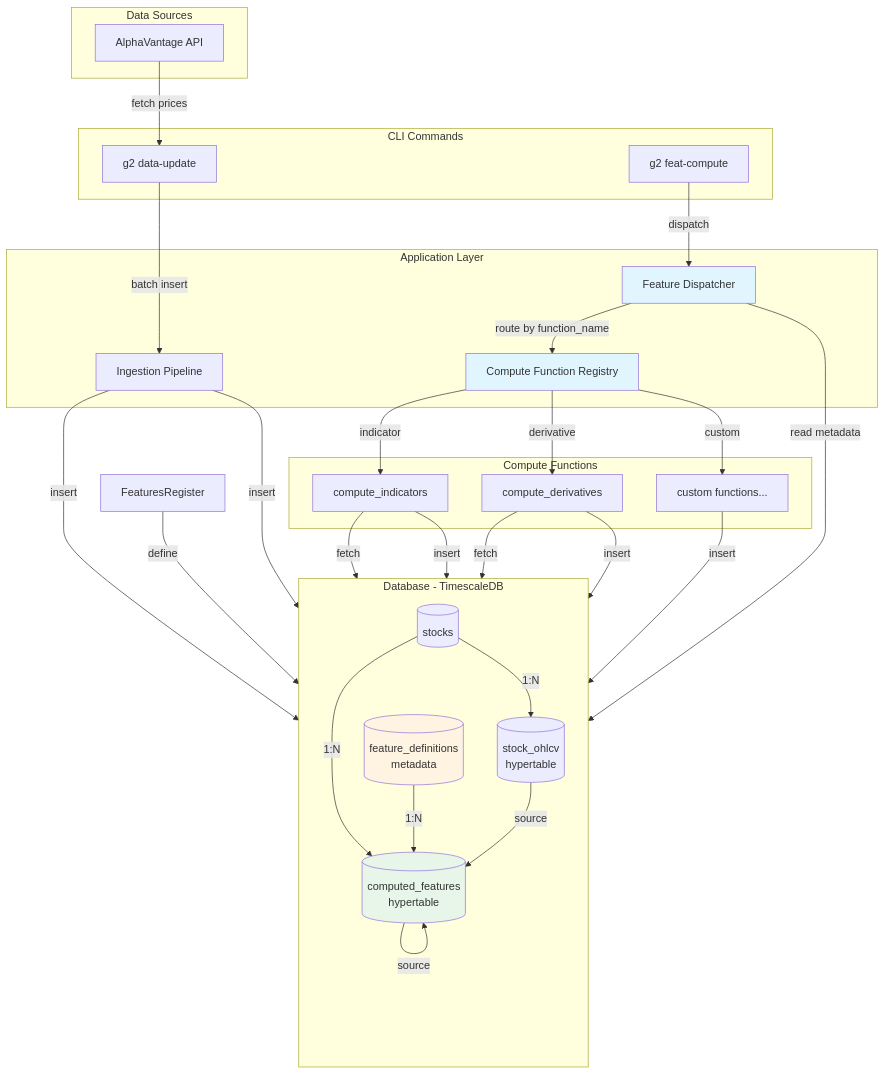
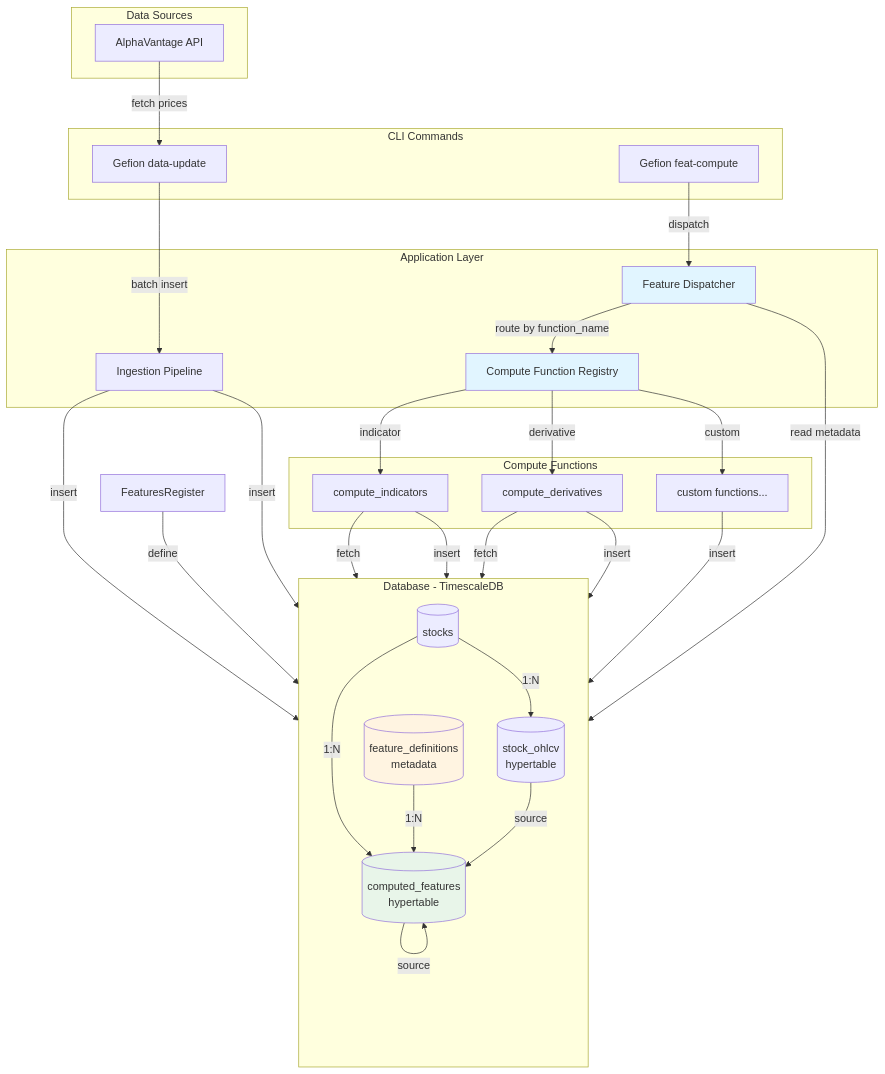
One commit to simonibsen/gefion changed the diagram in README.md. Above: the diagram before and after it, drawn with Mermaid. The commit also changed other lines of this file and 39 other files, not shown here.

````diff
--- a/README.md
+++ b/README.md
@@ -474,66 +474,66 @@
 ```mermaid
 graph TB
     subgraph "Data Sources"
         AV[AlphaVantage API]
     end
 
     subgraph "CLI Commands"
-        DataUpdate[g2 data-update]
-        FeaturesCompute[g2 feat-compute]
+        DataUpdate[Gefion data-update]
+        FeaturesCompute[Gefion feat-compute]
     end
 
     subgraph "Application Layer"
         Ingestion[Ingestion Pipeline]
         Dispatcher[Feature Dispatcher]
         Registry[Compute Function Registry]
     end
 
     subgraph "Compute Functions"
         IndicatorFn[compute_indicators]
         DerivativeFn[compute_derivatives]
         CustomFn[custom functions...]
     end
 
     subgraph "Database - TimescaleDB"
         direction TB
         Stocks[(stocks)]
         Prices[(stock_ohlcv<br/>hypertable)]
         FeatureDefs[(feature_definitions<br/>metadata)]
         ComputedFeatures[(computed_features<br/>hypertable)]
 
         Stocks -->|1:N| Prices
         Stocks -->|1:N| ComputedFeatures
         FeatureDefs -->|1:N| ComputedFeatures
         Prices -->|source| ComputedFeatures
         ComputedFeatures -->|source| ComputedFeatures
     end
 
     %% Data ingestion flow
     AV -->|fetch prices| DataUpdate
     DataUpdate -->|batch insert| Ingestion
     Ingestion -->|insert| Stocks
     Ingestion -->|insert| Prices
 
     %% Feature registration flow
     FeaturesRegister -->|define| FeatureDefs
 
     %% Feature computation flow
     FeaturesCompute -->|dispatch| Dispatcher
     Dispatcher -->|read metadata| FeatureDefs
     Dispatcher -->|route by function_name| Registry
     Registry -->|indicator| IndicatorFn
     Registry -->|derivative| DerivativeFn
     Registry -->|custom| CustomFn
 
     IndicatorFn -->|fetch| Prices
     DerivativeFn -->|fetch| ComputedFeatures
 
     IndicatorFn -->|insert| ComputedFeatures
     DerivativeFn -->|insert| ComputedFeatures
     CustomFn -->|insert| ComputedFeatures
 
     style Dispatcher fill:#e1f5ff
     style Registry fill:#e1f5ff
     style FeatureDefs fill:#fff4e1
     style ComputedFeatures fill:#e8f5e9
 ```
````
